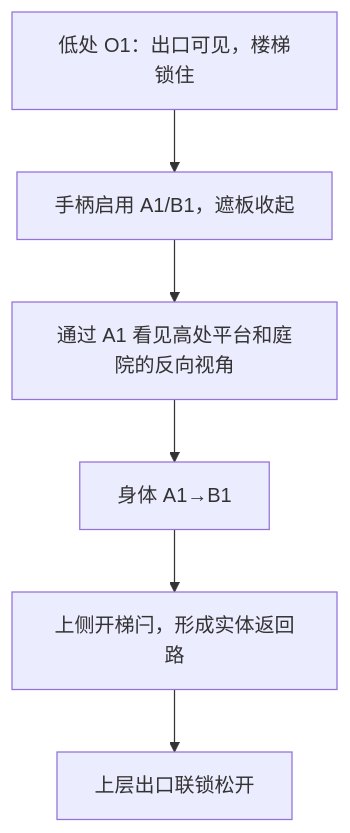
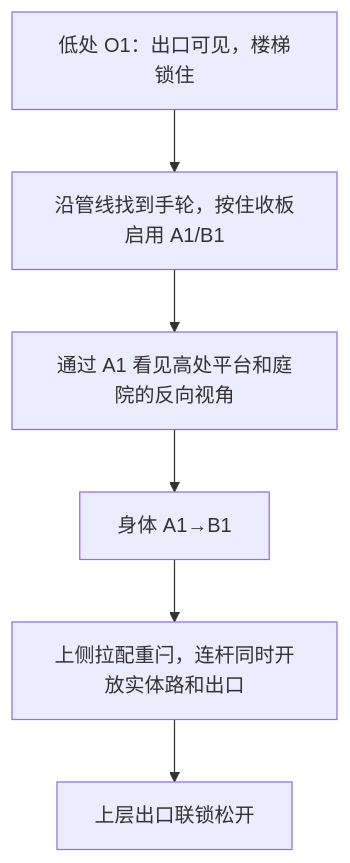
Before and after one commit to arkglide/foldline: the second of 4 diagrams in docs/design/chapter-01-awakening.md, drawn with Mermaid. The commit also changed other lines of this file and 47 other files, not shown here.

````diff
--- a/docs/design/chapter-01-awakening.md
+++ b/docs/design/chapter-01-awakening.md
@@ -137,8 +138,8 @@
 ```mermaid
 flowchart TD
-  O["低处 O1：出口可见，楼梯锁住"] --> H["手柄启用 A1/B1，遮板收起"]
+  O["低处 O1：出口可见，楼梯锁住"] --> H["沿管线找到手轮，按住收板启用 A1/B1"]
   H --> V["通过 A1 看见高处平台和庭院的反向视角"]
   V --> T["身体 A1→B1"]
-  T --> L["上侧开梯闩，形成实体返回路"]
+  T --> L["上侧拉配重闩，连杆同时开放实体路和出口"]
   L --> G["上层出口联锁松开"]
 ```
````
